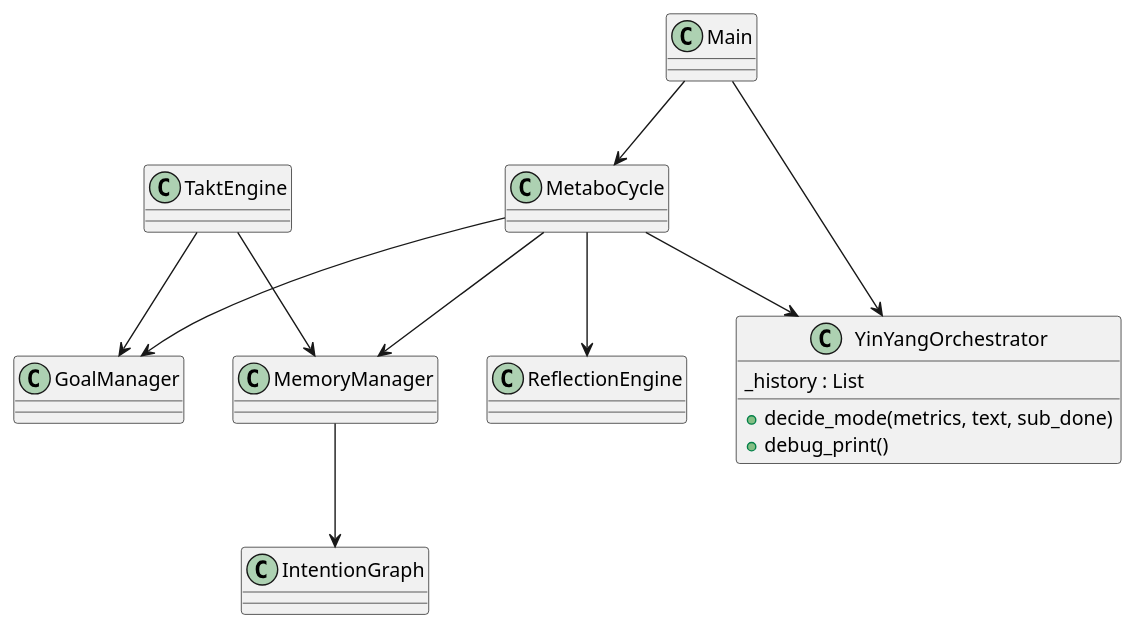
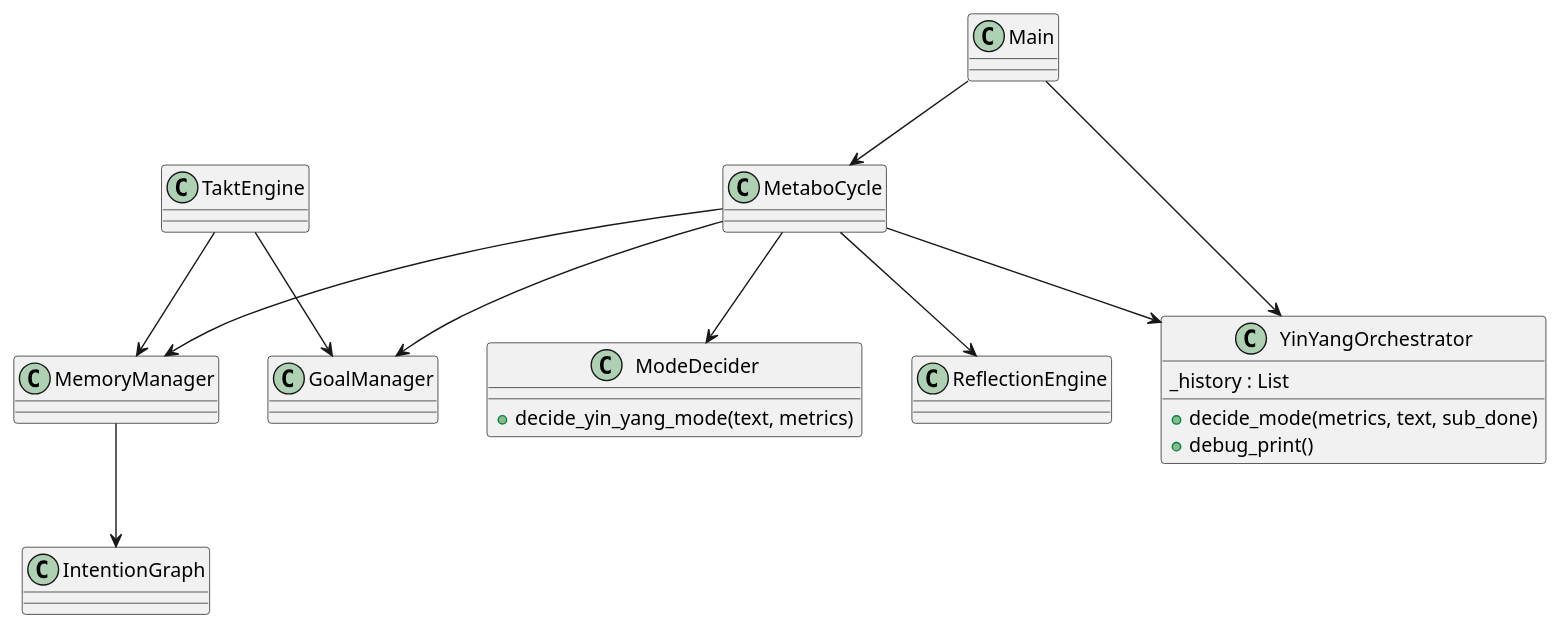
The diagram in doc/diagrams/class_diagram.puml (marcusreimold/MetaboMind), drawn with PlantUML before and after one commit. The commit also changed 9 other files, not shown here.

Commit message:
Add LLM mode decider (#62)

```diff
--- a/doc/diagrams/class_diagram.puml
+++ b/doc/diagrams/class_diagram.puml
@@ -1,22 +1,25 @@
 @startuml
 class Main
 class MetaboCycle
 class GoalManager
 class MemoryManager
 class IntentionGraph
 class ReflectionEngine
 class TaktEngine
 class YinYangOrchestrator
+class ModeDecider
 YinYangOrchestrator : +decide_mode(metrics, text, sub_done)
 YinYangOrchestrator : +debug_print()
 YinYangOrchestrator : _history : List
+ModeDecider : +decide_yin_yang_mode(text, metrics)
 Main --> MetaboCycle
 MetaboCycle --> GoalManager
 MetaboCycle --> MemoryManager
 MetaboCycle --> ReflectionEngine
 MetaboCycle --> YinYangOrchestrator
+MetaboCycle --> ModeDecider
 MemoryManager --> IntentionGraph
 TaktEngine --> MemoryManager
 TaktEngine --> GoalManager
 Main --> YinYangOrchestrator
 @enduml
```
